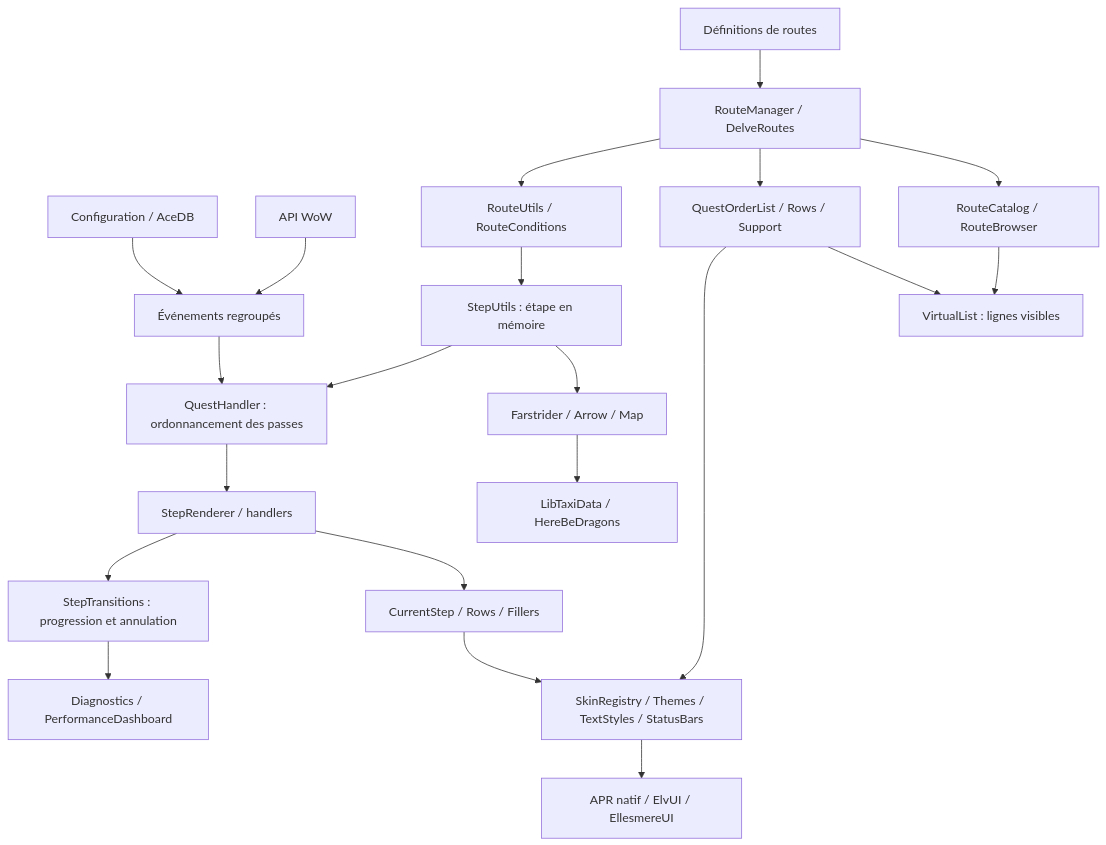
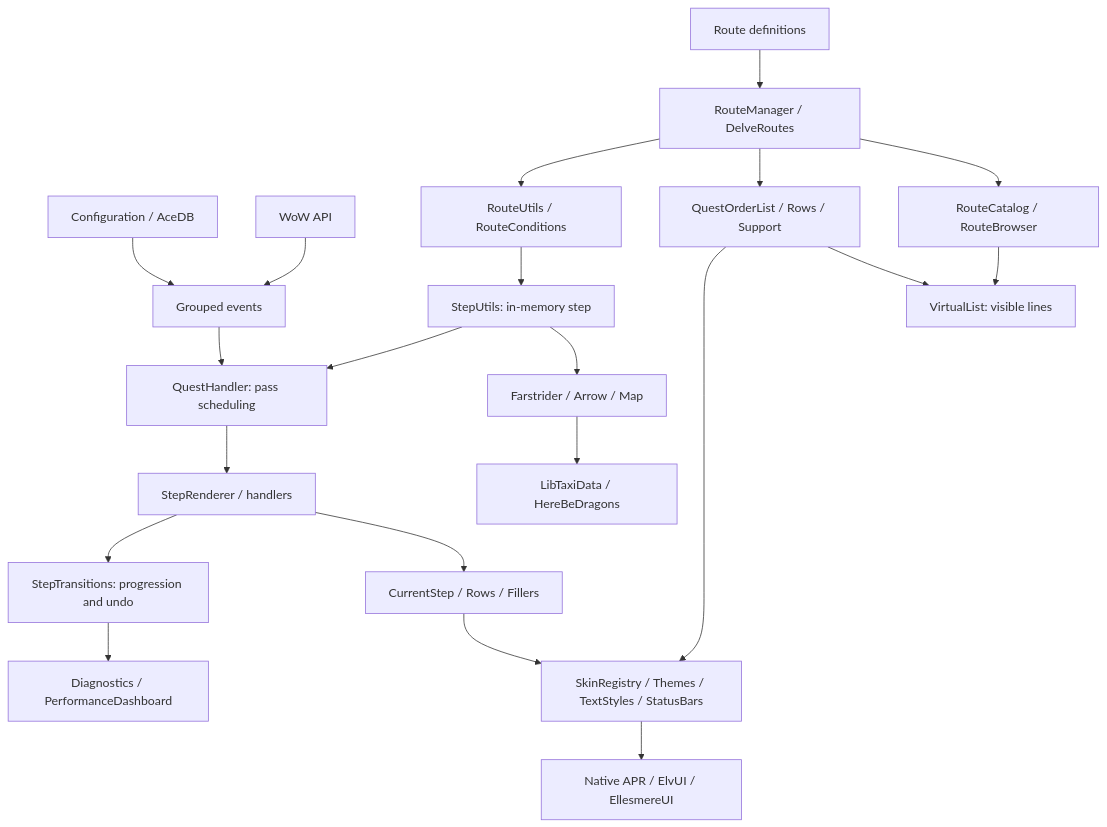
The diagram in APR-Core/README.md (Azeroth-Pilot-Reloaded/azeroth-pilot-reloaded), drawn with Mermaid before and after one commit. The commit also changed other lines of this file and 36 other files, not shown here.

Commit message:
fix(localization): reuse native WoW labels and existing APR translations

````diff
--- a/APR-Core/README.md
+++ b/APR-Core/README.md
@@ -34,23 +28,23 @@
 ```mermaid
 flowchart TD
-    Settings[Configuration / AceDB] --> Events[Événements regroupés]
-    Game[API WoW] --> Events
-    Routes[Définitions de routes] --> Engine[RouteManager / DelveRoutes]
+    Settings[Configuration / AceDB] --> Events[Grouped events]
+    Game[WoW API] --> Events
+    Routes[Route definitions] --> Engine[RouteManager / DelveRoutes]
     Engine --> Filters[RouteUtils / RouteConditions]
-    Filters --> Step[StepUtils : étape en mémoire]
-    Events --> Quest[QuestHandler : ordonnancement des passes]
+    Filters --> Step[StepUtils: in-memory step]
+    Events --> Quest[QuestHandler: pass scheduling]
     Quest --> Renderer[StepRenderer / handlers]
-    Renderer --> Transitions[StepTransitions : progression et annulation]
+    Renderer --> Transitions[StepTransitions: progression and undo]
     Step --> Quest
     Renderer --> Current[CurrentStep / Rows / Fillers]
     Engine --> Preview[QuestOrderList / Rows / Support]
     Step --> Navigation[Farstrider / Arrow / Map]
     Navigation --> Taxi[LibTaxiData / HereBeDragons]
     Current --> Registry[SkinRegistry / Themes / TextStyles / StatusBars]
     Preview --> Registry
-    Registry --> Skins[APR natif / ElvUI / EllesmereUI]
+    Registry --> Skins[Native APR / ElvUI / EllesmereUI]
     Engine --> Catalog[RouteCatalog / RouteBrowser]
-    Catalog --> Virtual[VirtualList : lignes visibles]
+    Catalog --> Virtual[VirtualList: visible lines]
     Preview --> Virtual
     Transitions --> Diagnostics[Diagnostics / PerformanceDashboard]
 ```
````
